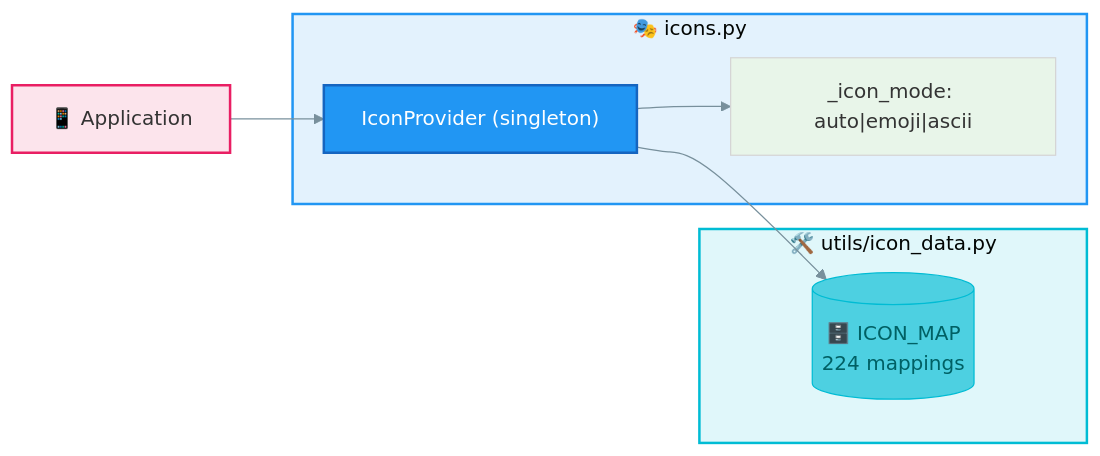
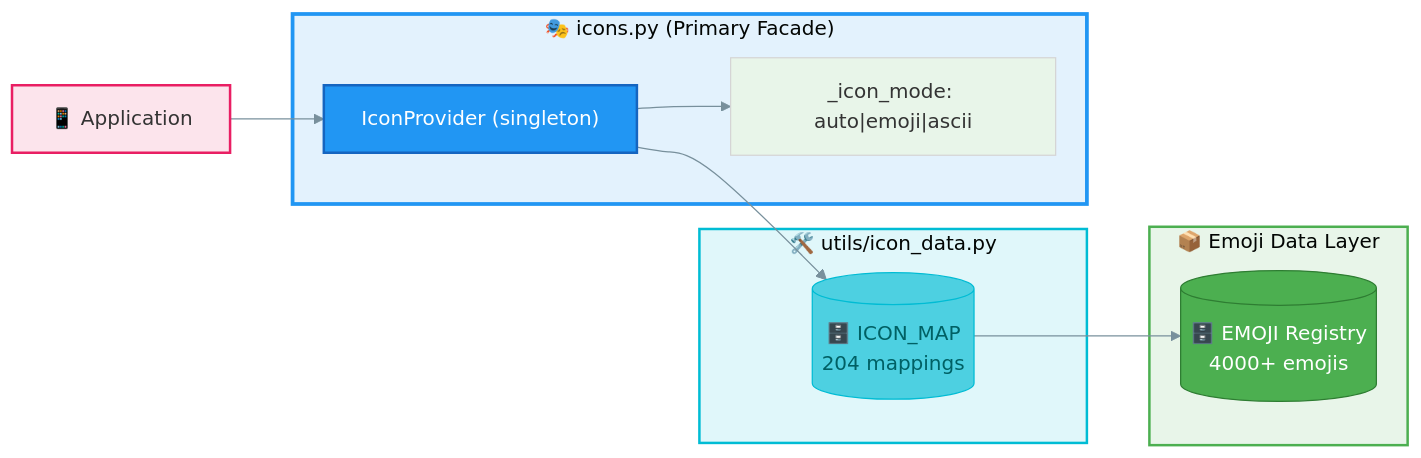
One commit to ksokolowski/StyledConsole changed the seventh of 13 diagrams in docs/DEVELOPER_GUIDE.md. Above: the diagram before and after it, drawn with Mermaid. The commit also changed other lines of this file and 21 other files, not shown here.

````diff
--- a/docs/DEVELOPER_GUIDE.md
+++ b/docs/DEVELOPER_GUIDE.md
@@ -505,24 +515,31 @@
 ```mermaid
 %%{init: {'theme': 'base', 'themeVariables': { 'primaryColor': '#E8F5E9', 'lineColor': '#78909C'}}}%%
 flowchart LR
-    subgraph icon_data["🛠️ utils/icon_data.py"]
-        IMAP[(🗄️ ICON_MAP<br/>224 mappings)]
+    subgraph emoji_layer["📦 Emoji Data Layer"]
+        EREG[("🗄️ EMOJI Registry<br/>4000+ emojis")]
     end
 
-    subgraph icons_mod["🎭 icons.py"]
+    subgraph icon_data["🛠️ utils/icon_data.py"]
+        IMAP[("🗄️ ICON_MAP<br/>204 mappings")]
+    end
+
+    subgraph icons_mod["🎭 icons.py (Primary Facade)"]
         IP["IconProvider (singleton)"]
         MODE["_icon_mode: auto|emoji|ascii"]
     end
 
     APP["📱 Application"]
 
     APP --> IP
     IP --> MODE
     IP --> IMAP
+    IMAP --> EREG
 
+    style emoji_layer fill:#E8F5E9,stroke:#4CAF50,stroke-width:2px
     style icon_data fill:#E0F7FA,stroke:#00BCD4,stroke-width:2px
-    style icons_mod fill:#E3F2FD,stroke:#2196F3,stroke-width:2px
+    style icons_mod fill:#E3F2FD,stroke:#2196F3,stroke-width:3px
     style APP fill:#FCE4EC,stroke:#E91E63,stroke-width:2px
     style IP fill:#2196F3,color:#fff,stroke:#1565C0,stroke-width:2px
     style IMAP fill:#4DD0E1,color:#006064,stroke:#00BCD4
+    style EREG fill:#4CAF50,color:#fff,stroke:#2E7D32
 ```
````
